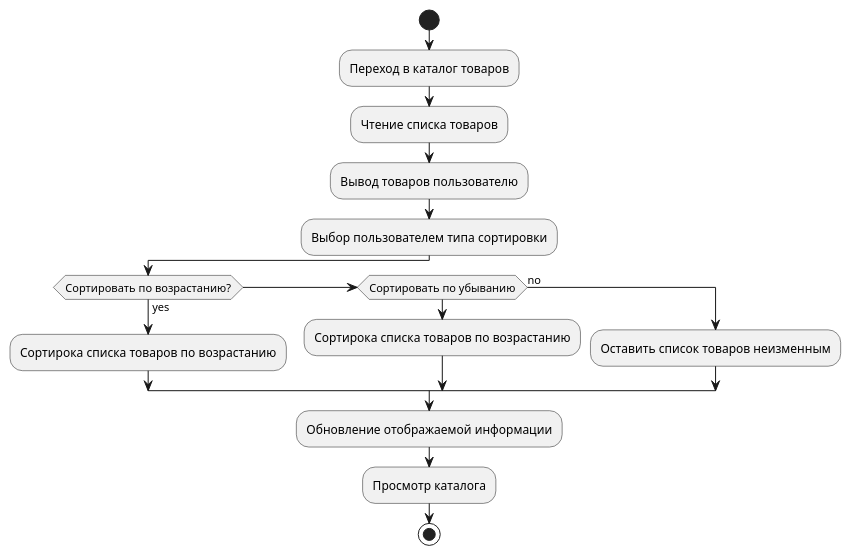
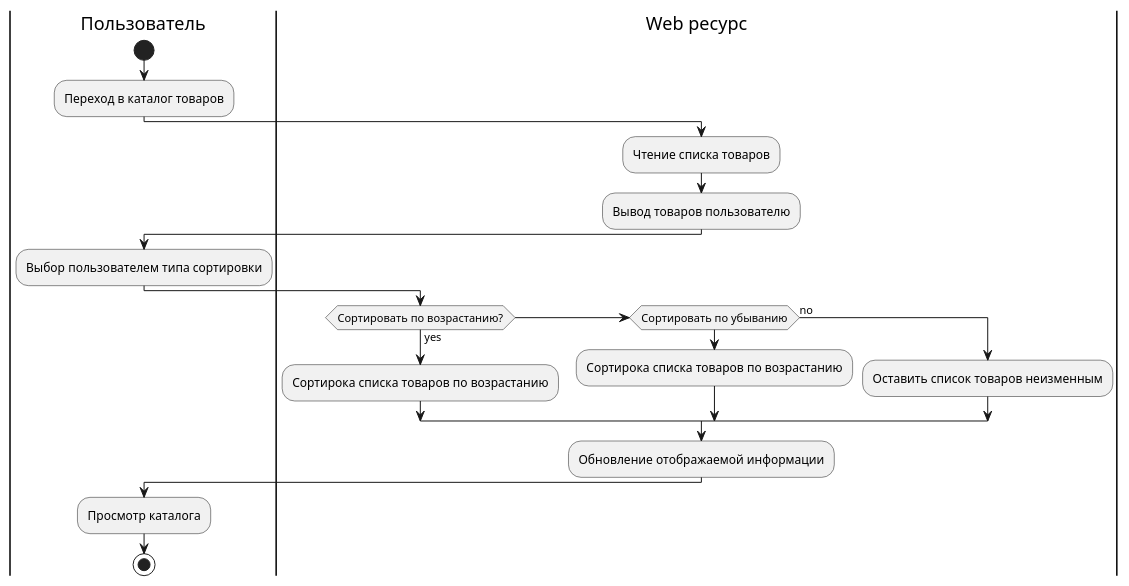
The diagram in activity_diagrams/customer_view_catalog_of_goods_sort_by_cost.puml (zadroshu/diagrams), drawn with PlantUML before and after one commit. The commit also changed 8 other files, not shown here.

Commit message:
add Actors to activity diagrams

```diff
--- a/activity_diagrams/customer_view_catalog_of_goods_sort_by_cost.puml
+++ b/activity_diagrams/customer_view_catalog_of_goods_sort_by_cost.puml
@@ -1,19 +1,24 @@
 @startuml
 'https://plantuml.com/activity-diagram-beta
 
+|Пользователь|
 start
 :Переход в каталог товаров;
+|Web ресурс|
 :Чтение списка товаров;
 :Вывод товаров пользователю;
+|Пользователь|
 :Выбор пользователем типа сортировки;
+|Web ресурс|
 if (Сортировать по возрастанию?) is (yes) then
   :Сортирока списка товаров по возрастанию;
 elseif (Сортировать по убыванию) then
   :Сортирока списка товаров по возрастанию;
 else (no)
   :Оставить список товаров неизменным;
 endif
 :Обновление отображаемой информации;
+|Пользователь|
 :Просмотр каталога;
 stop
 @enduml
```
